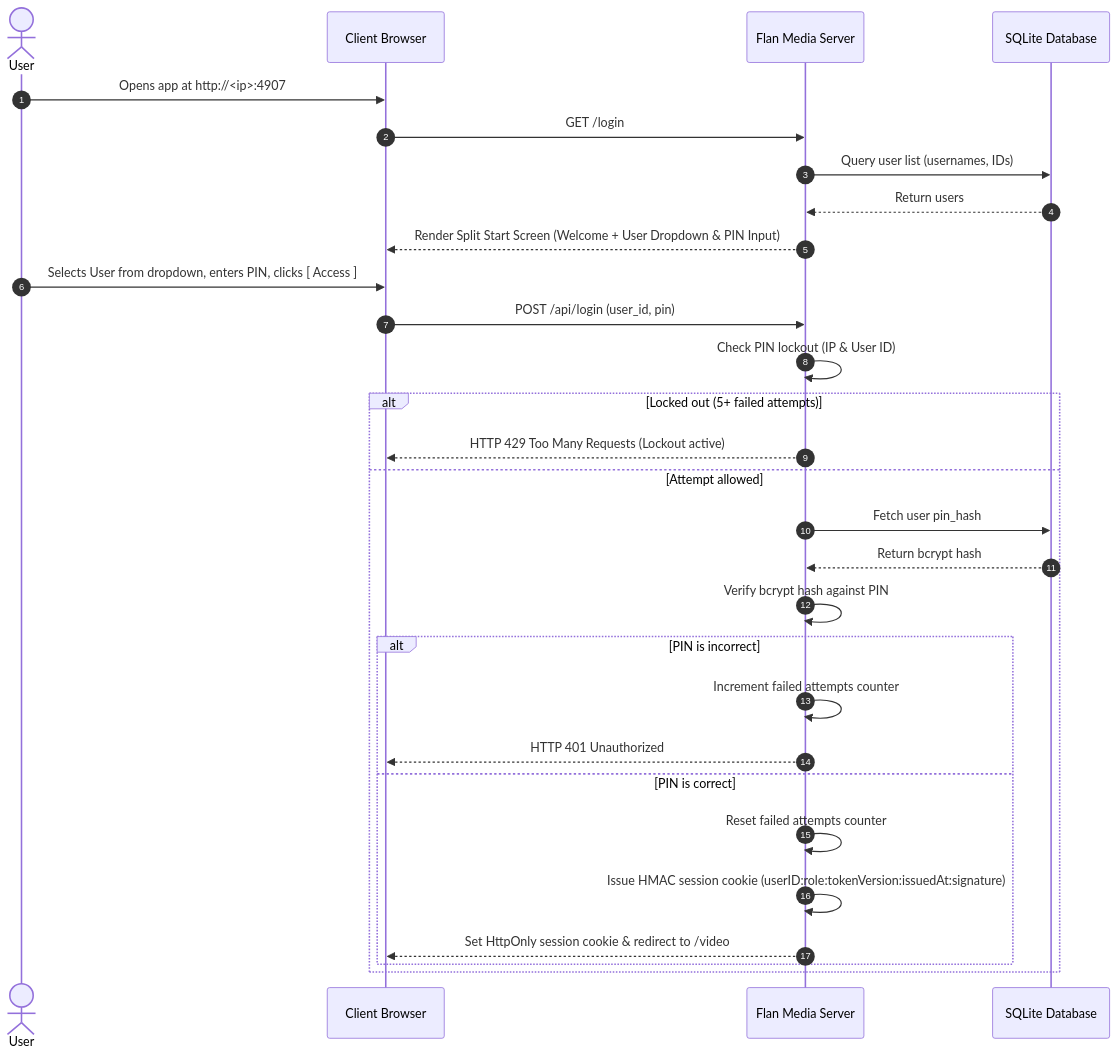
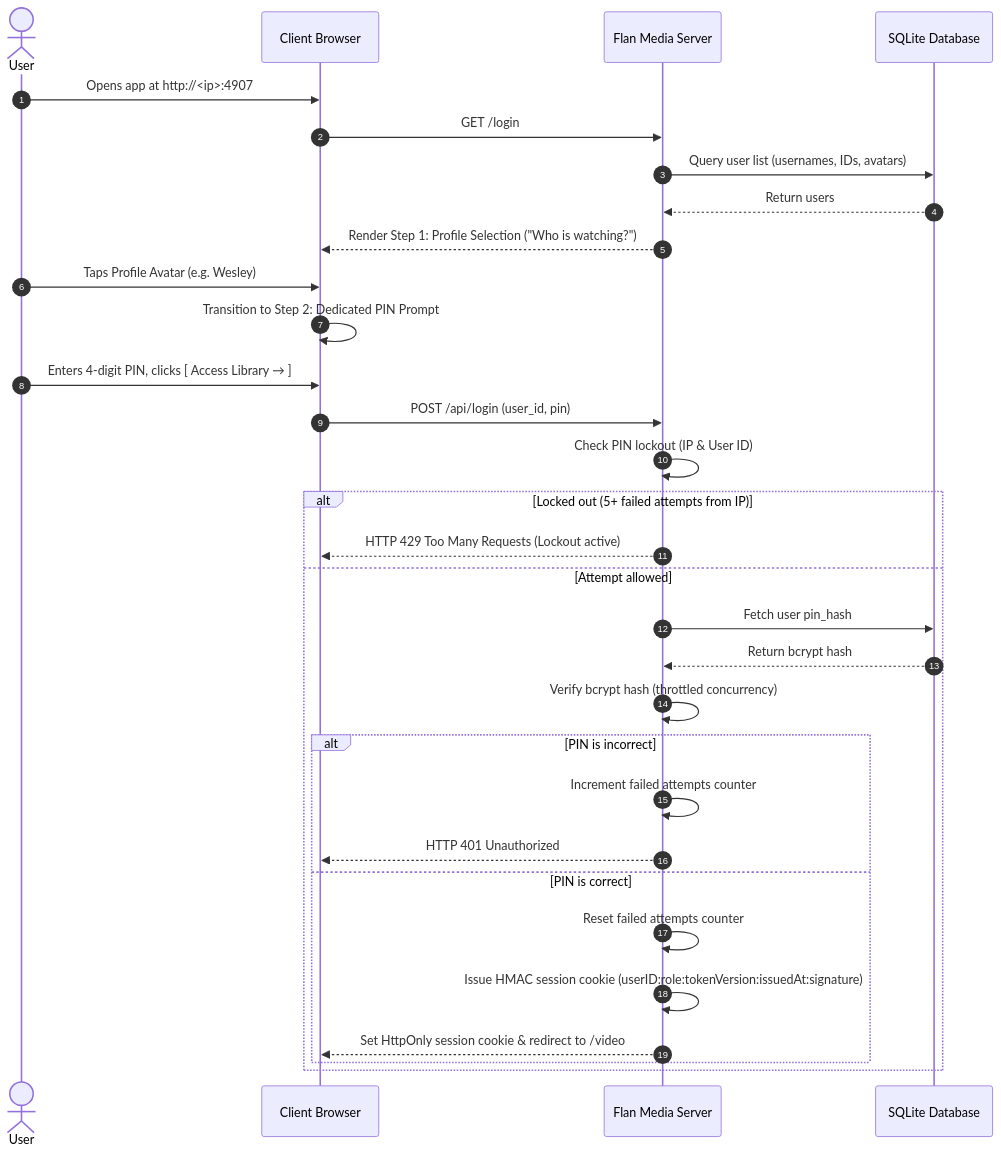
The second of 5 diagrams in docs/diagrams/user-flows.md (WesleyEsq/Flan-Media-Server), drawn with Mermaid before and after one commit. The commit also changed other lines of this file and 26 other files, not shown here.

````diff
--- a/docs/diagrams/user-flows.md
+++ b/docs/diagrams/user-flows.md
@@ -32,32 +34,34 @@
 ```mermaid
 sequenceDiagram
     autonumber
     actor User
     participant Browser as Client Browser
     participant Server as Flan Media Server
     participant DB as SQLite Database
 
     User->>Browser: Opens app at http://<ip>:4907
     Browser->>Server: GET /login
-    Server->>DB: Query user list (usernames, IDs)
+    Server->>DB: Query user list (usernames, IDs, avatars)
     DB-->>Server: Return users
-    Server-->>Browser: Render Split Start Screen (Welcome + User Dropdown & PIN Input)
-    User->>Browser: Selects User from dropdown, enters PIN, clicks [ Access ]
+    Server-->>Browser: Render Step 1: Profile Selection ("Who is watching?")
+    User->>Browser: Taps Profile Avatar (e.g. Wesley)
+    Browser->>Browser: Transition to Step 2: Dedicated PIN Prompt
+    User->>Browser: Enters 4-digit PIN, clicks [ Access Library → ]
     Browser->>Server: POST /api/login (user_id, pin)
     Server->>Server: Check PIN lockout (IP & User ID)
-    alt Locked out (5+ failed attempts)
+    alt Locked out (5+ failed attempts from IP)
         Server-->>Browser: HTTP 429 Too Many Requests (Lockout active)
     else Attempt allowed
         Server->>DB: Fetch user pin_hash
         DB-->>Server: Return bcrypt hash
-        Server->>Server: Verify bcrypt hash against PIN
+        Server->>Server: Verify bcrypt hash (throttled concurrency)
         alt PIN is incorrect
             Server->>Server: Increment failed attempts counter
             Server-->>Browser: HTTP 401 Unauthorized
         else PIN is correct
             Server->>Server: Reset failed attempts counter
             Server->>Server: Issue HMAC session cookie (userID:role:tokenVersion:issuedAt:signature)
             Server-->>Browser: Set HttpOnly session cookie & redirect to /video
         end
     end
 ```
````
